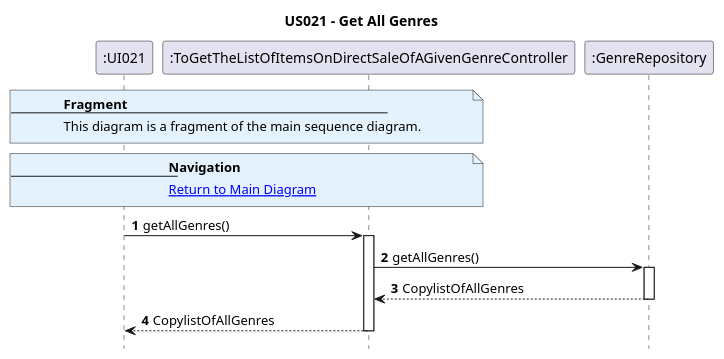
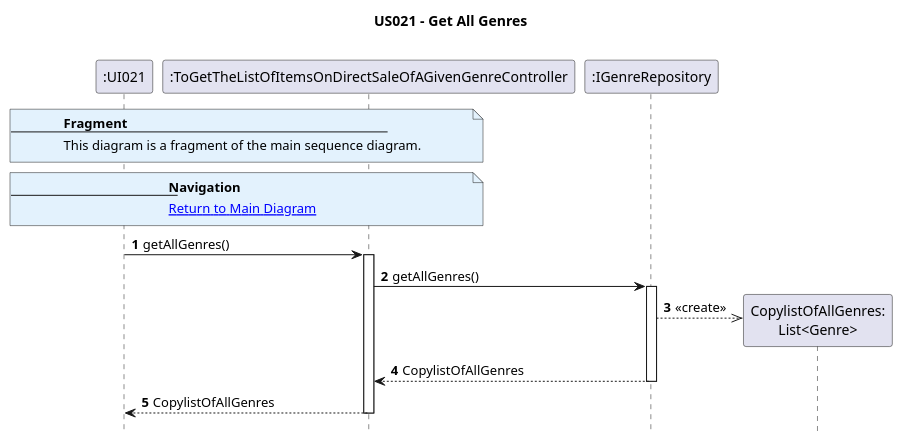
Before and after one commit to AndrePereiraGitH/SWitCH-Project-Team_A: the diagram in Diagrams/SequenceDiagrams/N2/US021-to-get-the-list-of-items-on-direct-sale-of-a-given-genre/2.GetAllGenres.puml, drawn with PlantUML. The commit also changed 5 other files, not shown here.

```diff
--- a/Diagrams/SequenceDiagrams/N2/US021-to-get-the-list-of-items-on-direct-sale-of-a-given-genre/2.GetAllGenres.puml
+++ b/Diagrams/SequenceDiagrams/N2/US021-to-get-the-list-of-items-on-direct-sale-of-a-given-genre/2.GetAllGenres.puml
@@ -1,33 +1,37 @@
 @startuml
 hide footbox
 autonumber
 title US021 - Get All Genres
 
 participant ":UI021" as UI
 participant ":ToGetTheListOfItemsOnDirectSaleOfAGivenGenreController" as Ctrl
-participant ":GenreRepository" as genreRepo
+participant ":IGenreRepository" as IgenreRepo
+participant "CopylistOfAllGenres:\nList<Genre>" as LG
 
 note over UI, Ctrl #E3F2FD
 <b>Fragment</b>
 ---
 This diagram is a fragment of the main sequence diagram.
 end note
 
 note over UI, Ctrl #E3F2FD
 <b>Navigation</b>
 ---
 [[1.MainDiagram.puml Return to Main Diagram]]
 end note
 
 UI -> Ctrl : getAllGenres()
 activate Ctrl
 
-Ctrl -> genreRepo : getAllGenres()
-activate genreRepo
-genreRepo --> Ctrl : CopylistOfAllGenres
-deactivate genreRepo
+Ctrl -> IgenreRepo : getAllGenres()
+activate IgenreRepo
+
+IgenreRepo -->> LG ** : «create»
+
+IgenreRepo --> Ctrl : CopylistOfAllGenres
+deactivate IgenreRepo
 
 Ctrl --> UI : CopylistOfAllGenres
 deactivate Ctrl
 
 @enduml
```
